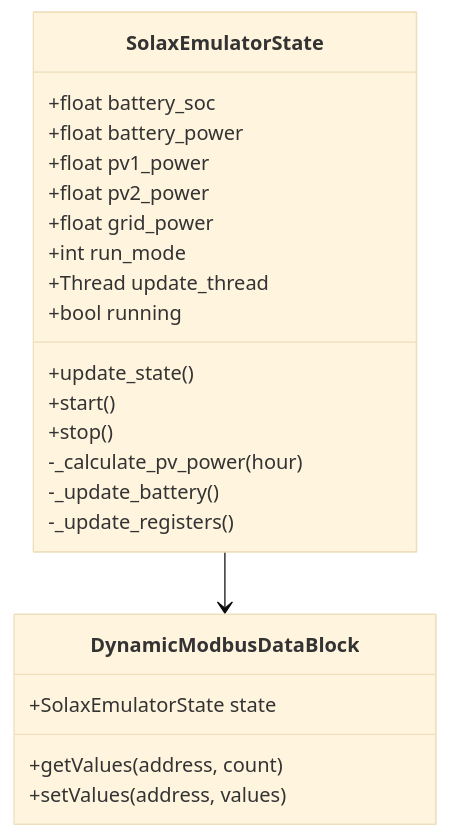
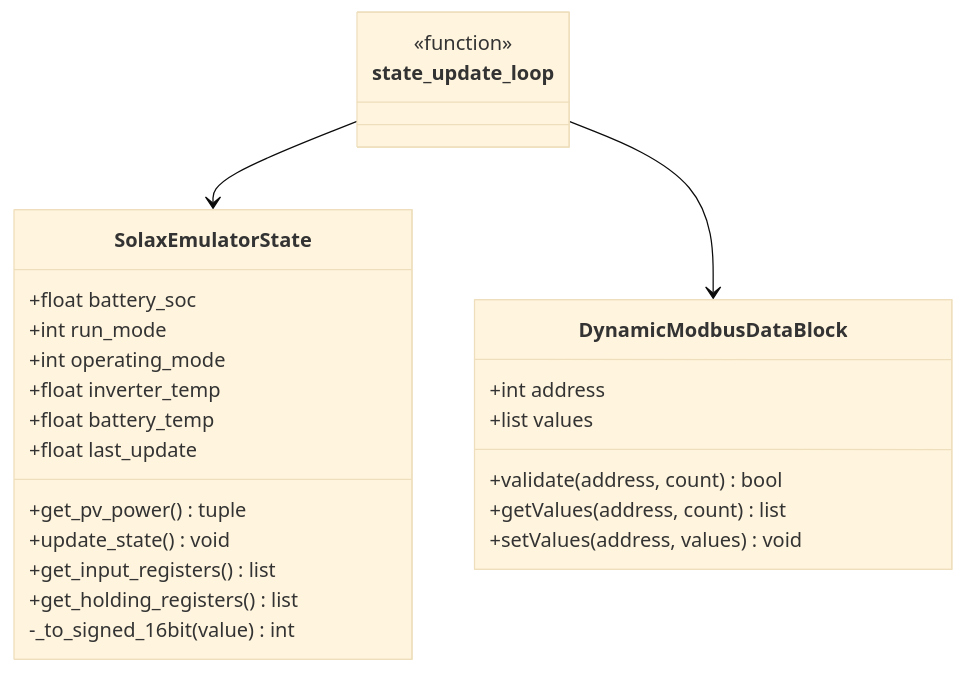
One commit to William12556/solax-modbus changed the first of 3 diagrams in workspace/design/design-c2b3c4d5-component_protocol_emulator.md. Above: the diagram before and after it, drawn with Mermaid (base theme). The commit also changed other lines of this file and 2 other files, not shown here.

````diff
--- a/workspace/design/design-c2b3c4d5-component_protocol_emulator.md
+++ b/workspace/design/design-c2b3c4d5-component_protocol_emulator.md
@@ -101,27 +101,31 @@
 ```mermaid
 classDiagram
     class SolaxEmulatorState {
         +float battery_soc
-        +float battery_power
-        +float pv1_power
-        +float pv2_power
-        +float grid_power
         +int run_mode
-        +Thread update_thread
-        +bool running
-        +update_state()
-        +start()
-        +stop()
-        -_calculate_pv_power(hour)
-        -_update_battery()
-        -_update_registers()
+        +int operating_mode
+        +float inverter_temp
+        +float battery_temp
+        +float last_update
+        +get_pv_power() tuple
+        +update_state() void
+        +get_input_registers() list
+        +get_holding_registers() list
+        -_to_signed_16bit(value) int
     }
     
     class DynamicModbusDataBlock {
-        +SolaxEmulatorState state
-        +getValues(address, count)
-        +setValues(address, values)
+        +int address
+        +list values
+        +validate(address, count) bool
+        +getValues(address, count) list
+        +setValues(address, values) void
     }
     
-    SolaxEmulatorState --> DynamicModbusDataBlock
+    class state_update_loop {
+        <<function>>
+    }
+    
+    state_update_loop --> SolaxEmulatorState
+    state_update_loop --> DynamicModbusDataBlock
 ```
````
